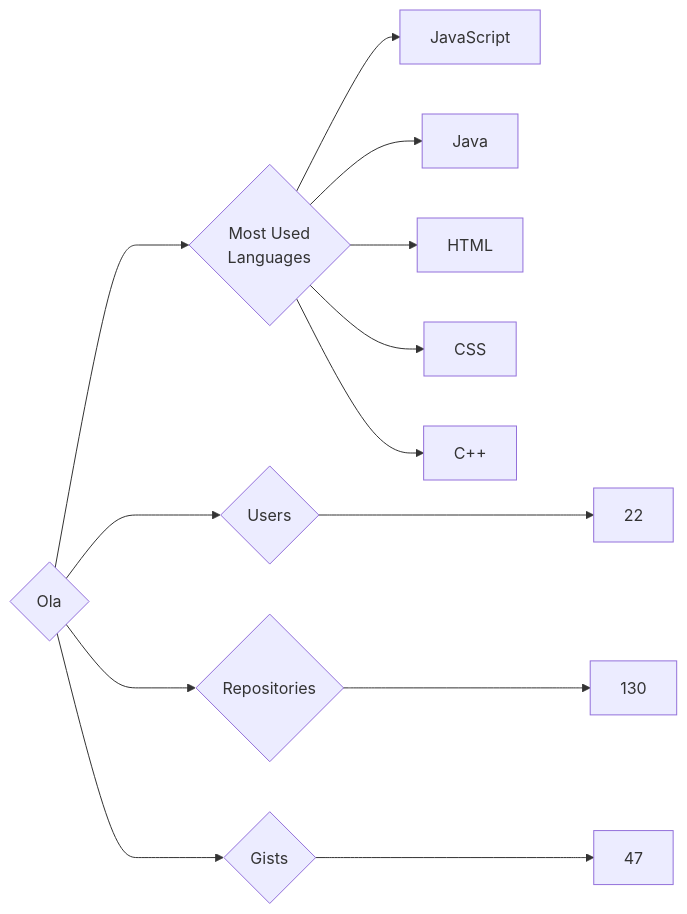
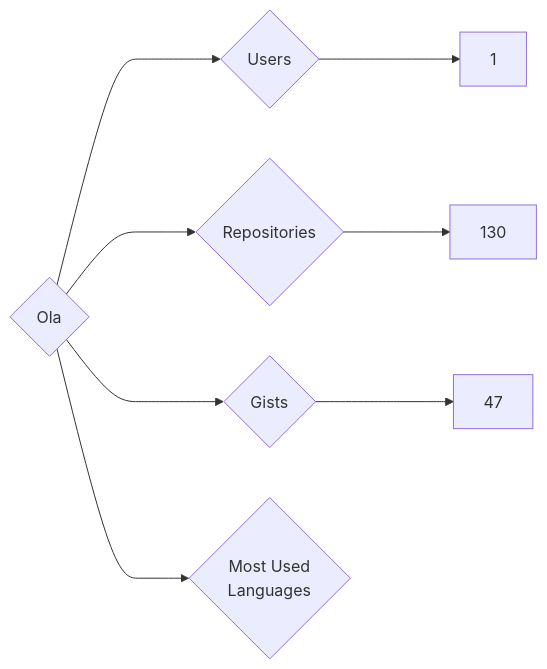
Before and after one commit to trickest/insiders: the diagram in targets/Ola/README.md, drawn with Mermaid. The commit also changed 965 other files, not shown here.

````diff
--- a/targets/Ola/README.md
+++ b/targets/Ola/README.md
@@ -3,13 +3,8 @@
 ```mermaid
 graph LR
 COMPANY_NAME{Ola}
-COMPANY_NAME ---> U{Users} ---> UN[22]
+COMPANY_NAME ---> U{Users} ---> UN[1]
 COMPANY_NAME ---> R{Repositories} ---> RN[130]
 COMPANY_NAME ---> G{Gists} ---> GN[47]
 COMPANY_NAME ---> ML{Most Used<br>Languages}
-ML --> JavaScript[JavaScript]
-ML --> Java[Java]
-ML --> HTML[HTML]
-ML --> CSS[CSS]
-ML --> C++[C++]
 ```
````
